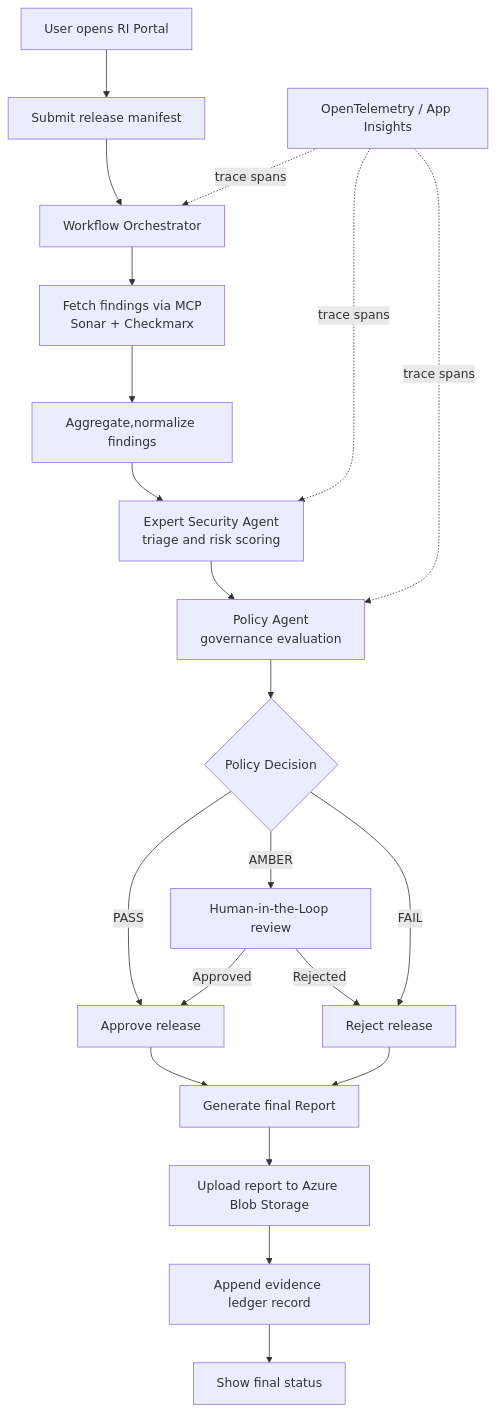
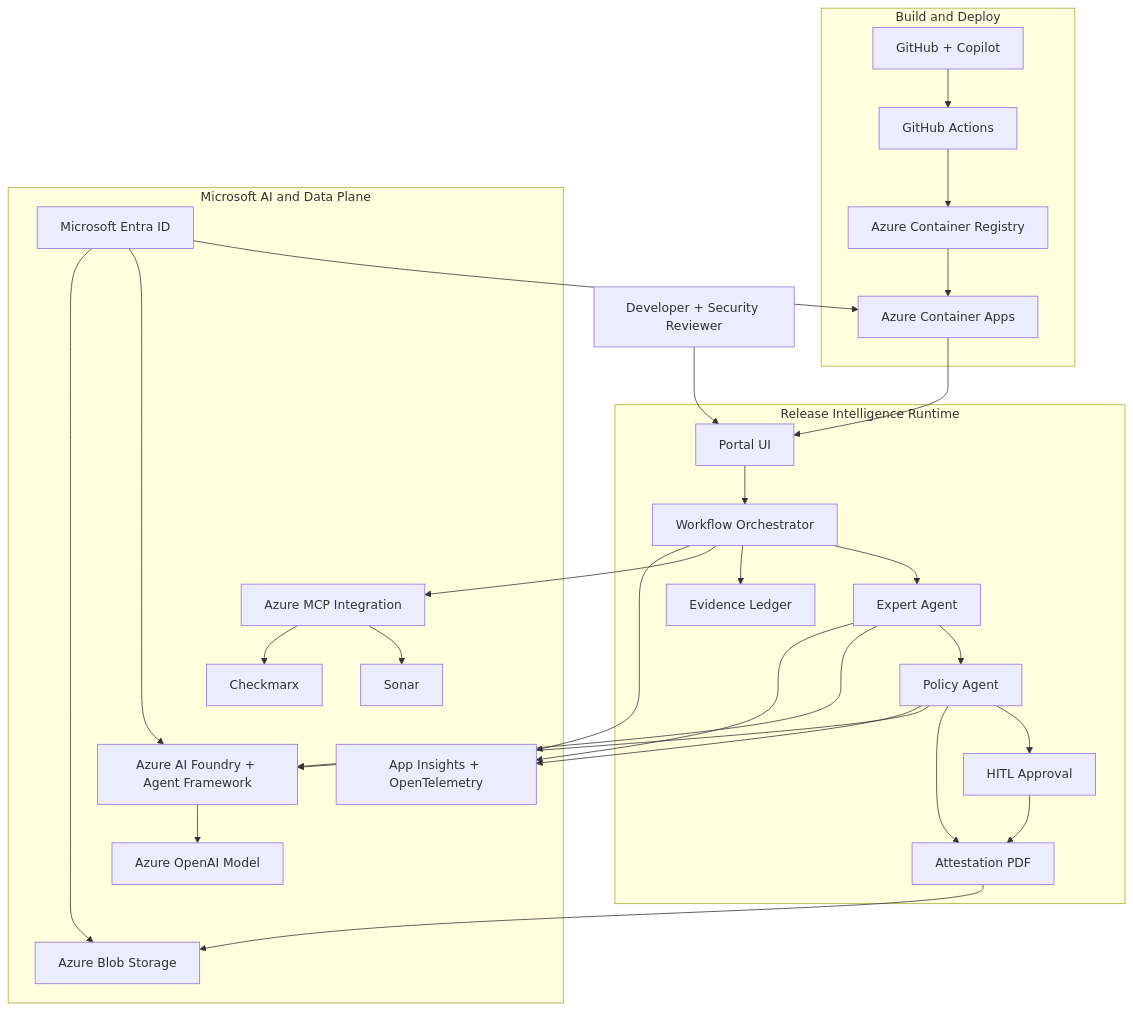
The diagram in README.md (deepak-kumar-pradhan/release-intelligence-ai), drawn with Mermaid before and after one commit.

Commit message:
Revise architecture diagram in README
Updated architecture diagram for clarity and added new components.

````diff
--- a/README.md
+++ b/README.md
@@ -21,27 +21,55 @@
 ```mermaid
-flowchart TD
-    A[User opens RI Portal] --> B[Submit release manifest]
-    B --> C[Workflow Orchestrator]
-    C --> D[Fetch findings via MCP<br/>Sonar + Checkmarx]
-    D --> E[Aggregate,normalize findings]
-    E --> F[Expert Security Agent<br/>triage and risk scoring]
-    F --> G[Policy Agent<br/>governance evaluation]
+flowchart TB
+    %% Compact, screenshot-friendly architecture for portal submission
 
-    G --> H{Policy Decision}
-    H -->|PASS| I[Approve release]
-    H -->|AMBER| J[Human-in-the-Loop review]
-    J -->|Approved| I
-    J -->|Rejected| K[Reject release]
-    H -->|FAIL| K
+    U[Developer + Security Reviewer]
 
-    I --> L[Generate final Report]
-    K --> L
+    subgraph D["Build and Deploy"]
+        GH[GitHub + Copilot]
+        CI[GitHub Actions]
+        ACR[Azure Container Registry]
+        ACA[Azure Container Apps]
+        GH --> CI --> ACR --> ACA
+    end
 
-    L --> M[Upload report to Azure Blob Storage]
-    M --> N[Append evidence ledger record]
-    N --> O[Show final status]
+    subgraph R["Release Intelligence Runtime"]
+        UI[Portal UI]
+        ORCH[Workflow Orchestrator]
+        EXP[Expert Agent]
+        POL[Policy Agent]
+        HITL[HITL Approval]
+        PDF[Attestation PDF]
+        LED[Evidence Ledger]
+        UI --> ORCH --> EXP --> POL
+        POL --> HITL --> PDF
+        POL --> PDF
+        ORCH --> LED
+    end
 
-    P[OpenTelemetry / App Insights] -. trace spans .-> C
-    P -. trace spans .-> F
-    P -. trace spans .-> G
+    subgraph A["Microsoft AI and Data Plane"]
+        FND[Azure AI Foundry + Agent Framework]
+        AOAI[Azure OpenAI Model]
+        MCP[Azure MCP Integration]
+        SONAR[Sonar]
+        CHK[Checkmarx]
+        BLOB[Azure Blob Storage]
+        OBS[App Insights + OpenTelemetry]
+        ID[Microsoft Entra ID]
+        FND --> AOAI
+        MCP --> SONAR
+        MCP --> CHK
+    end
+
+    U --> UI
+    ACA --> UI
+    EXP --> FND
+    POL --> FND
+    ORCH --> MCP
+    PDF --> BLOB
+    ORCH --> OBS
+    EXP --> OBS
+    POL --> OBS
+    ID --> ACA
+    ID --> FND
+    ID --> BLOB
 ```
````
